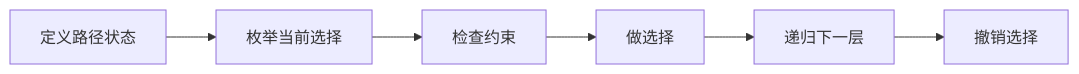
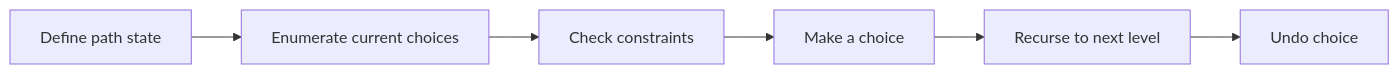
One commit to HONGLEI111/hhlblog-global changed the second of 2 diagrams in src/content/technology/backtracking.md. Above: the diagram before and after it, drawn with Mermaid. The commit also changed other lines of this file and 33 other files, not shown here.

First line of the commit message:
content(code): 翻译 mermaid 图节点标签（34 文件 / 267 处）

````diff
--- a/src/content/technology/backtracking.md
+++ b/src/content/technology/backtracking.md
@@ -241,8 +241,8 @@
 ```mermaid
 graph LR
-    A[定义路径状态] --> B[枚举当前选择]
-    B --> C[检查约束]
-    C --> D[做选择]
-    D --> E[递归下一层]
-    E --> F[撤销选择]
+    A[Define path state] --> B[Enumerate current choices]
+    B --> C[Check constraints]
+    C --> D[Make a choice]
+    D --> E[Recurse to next level]
+    E --> F[Undo choice]
 ```
````
